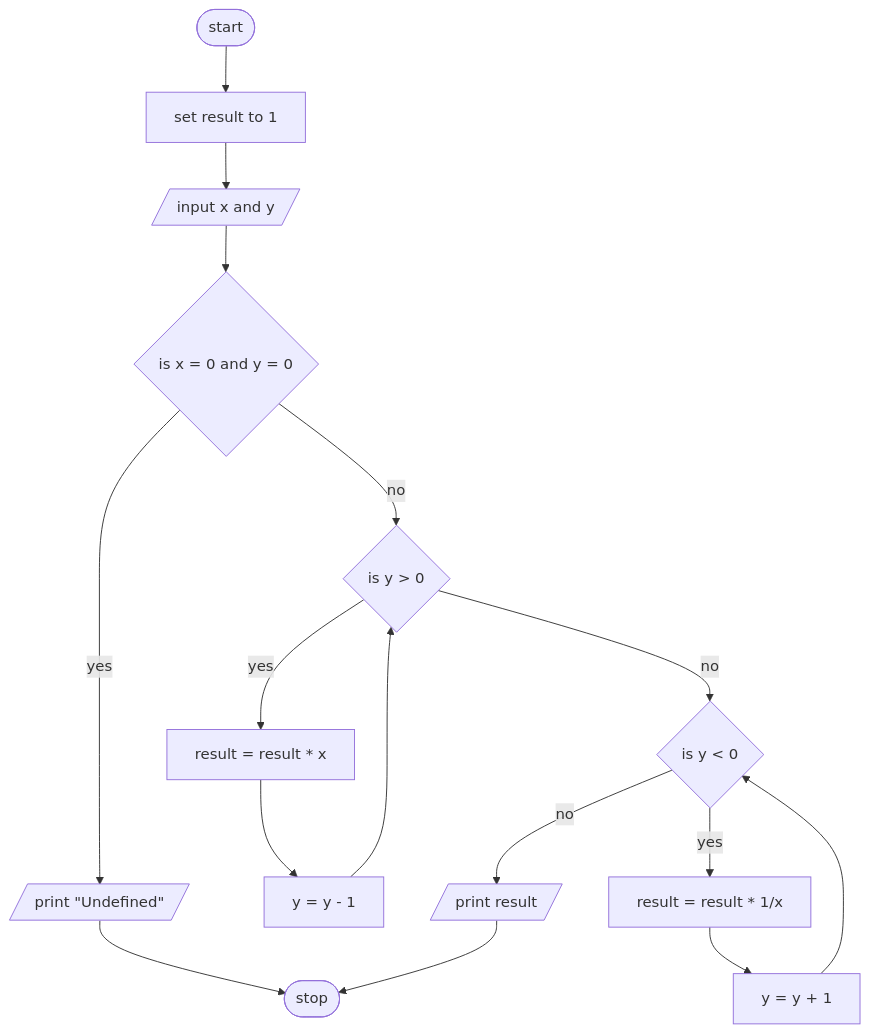
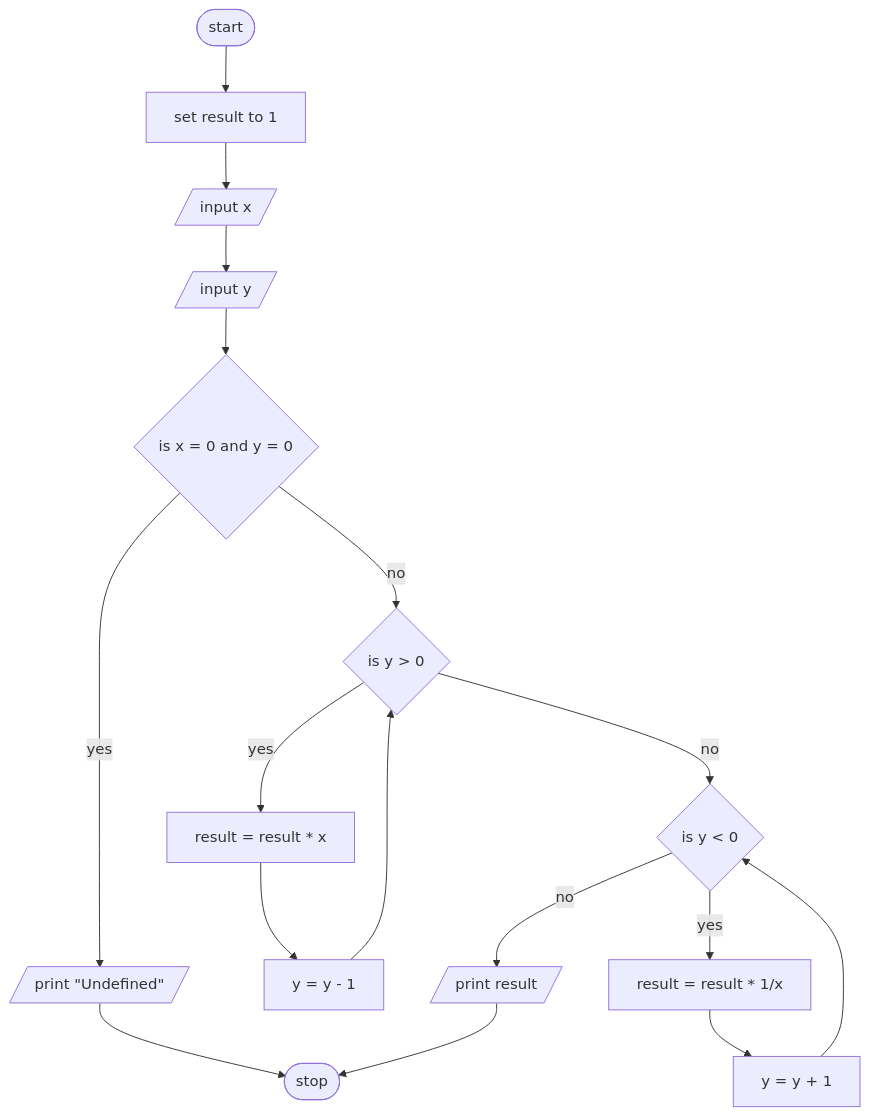
One commit to SWEG-2016EC-Batch/The-5-Bits changed the diagram in ETS0837_Kirubel_Lemma/Power_Calculator.md. Above: the diagram before and after it, drawn with Mermaid.

````diff
--- a/ETS0837_Kirubel_Lemma/Power_Calculator.md
+++ b/ETS0837_Kirubel_Lemma/Power_Calculator.md
@@ -16,18 +16,19 @@
 ```mermaid
 flowchart TD
     start([start]) --> process["set result to 1"]
-    process --> input[/input x and y/]
+    process --> input0[/input x/]
+    input0 --> input[/input y/]
     input --> check{is x = 0 and y = 0}
     check -- yes --> print0[/print "Undefined"/]
     print0 --> stop
     check -- no --> check1{is y > 0}
     check1 -- yes --> process1[result = result * x]
     process1 --> process2[y = y - 1]
     process2 --> check1
     check1 -- no --> check2{is y < 0}
     check2 -- yes --> process3[result = result * 1/x]
     process3 --> process4[y = y + 1]
     process4 --> check2
     check2 -- no --> print[/print result/]
     print --> stop([stop])
 ```
````
